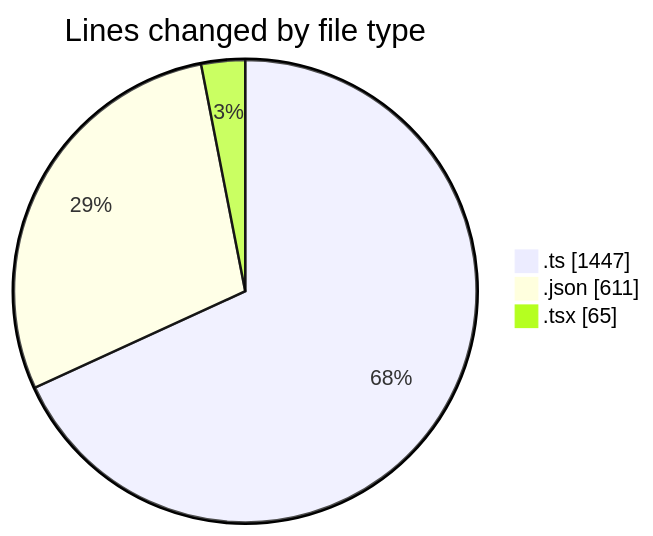
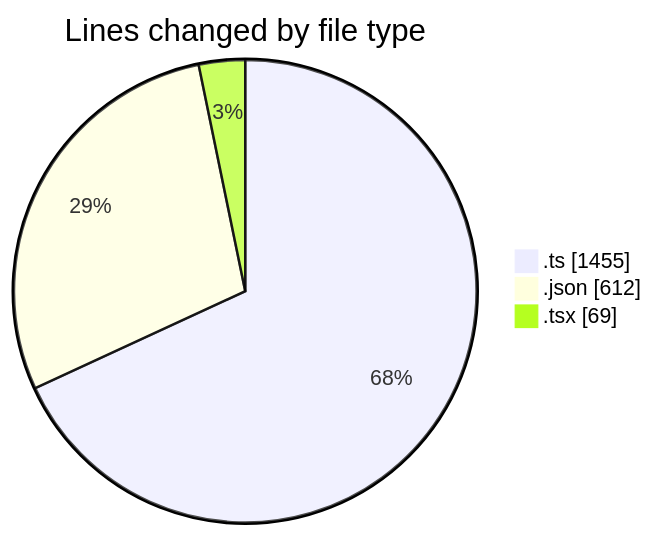
One commit to momahboobian/code-tracking changed the first of 2 diagrams in 2025-10-22/cda/README.md. Above: the diagram before and after it, drawn with Mermaid. The commit also changed other lines of this file and 1 other file, not shown here.

````diff
--- a/2025-10-22/cda/README.md
+++ b/2025-10-22/cda/README.md
@@ -28,7 +28,7 @@
 ```mermaid
 pie showData
 title Lines changed by file type
-".ts" : 1447
-".json" : 611
-".tsx" : 65
+".ts" : 1455
+".json" : 612
+".tsx" : 69
 ```
````
